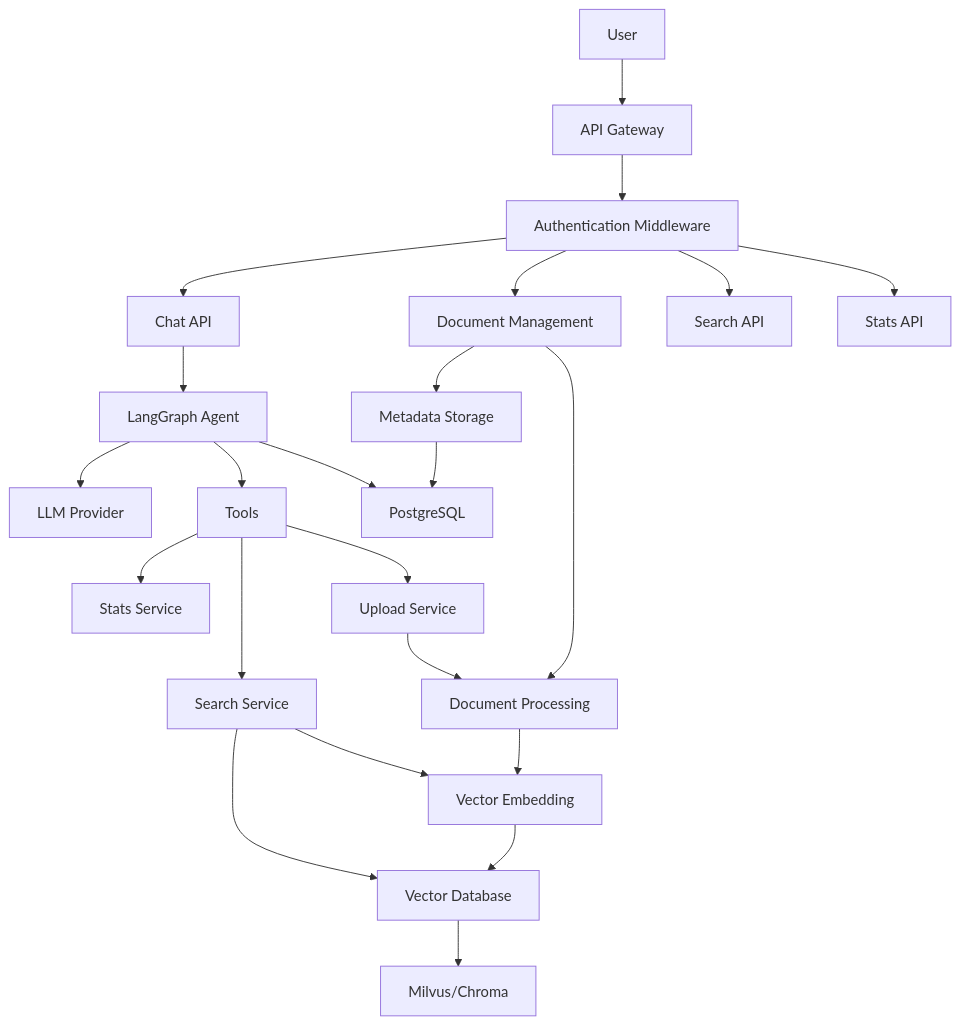
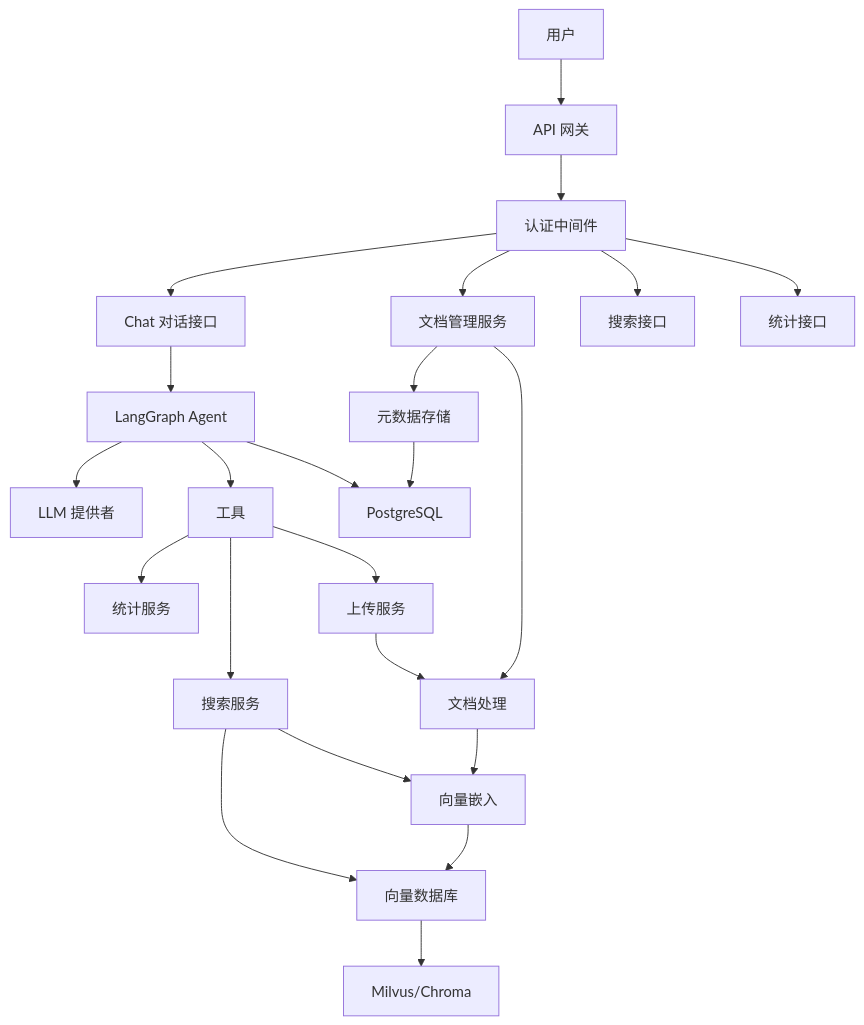
Before and after one commit to zhao11122233/CaraBot: the diagram in README.md, drawn with Mermaid. The commit also changed other lines of this file and 2 other files, not shown here.

````diff
--- a/README.md
+++ b/README.md
@@ -105,29 +109,29 @@
 ```mermaid
 graph TD
-    A[User] --> B[API Gateway]
-    B --> C[Authentication Middleware]
-    C --> D[Chat API]
-    C --> E[Document Management]
-    C --> F[Search API]
-    C --> G[Stats API]
+    A[用户] --> B[API 网关]
+    B --> C[认证中间件]
+    C --> D[Chat 对话接口]
+    C --> E[文档管理服务]
+    C --> F[搜索接口]
+    C --> G[统计接口]
     
     D --> H[LangGraph Agent]
-    H --> I[LLM Provider]
-    H --> J[Tools]
-    J --> K[Search Service]
-    J --> L[Stats Service]
-    J --> M[Upload Service]
+    H --> I[LLM 提供者]
+    H --> J[工具]
+    J --> K[搜索服务]
+    J --> L[统计服务]
+    J --> M[上传服务]
     
-    E --> N[Document Processing]
-    E --> O[Metadata Storage]
-    N --> P[Vector Embedding]
-    P --> Q[Vector Database]
+    E --> N[文档处理]
+    E --> O[元数据存储]
+    N --> P[向量嵌入]
+    P --> Q[向量数据库]
     
     K --> P
     K --> Q
     M --> N
     
     O --> R[PostgreSQL]
     Q --> S[Milvus/Chroma]
     H --> R
 ```
````
